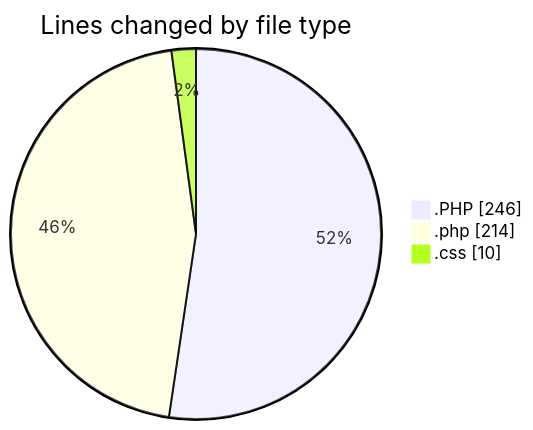
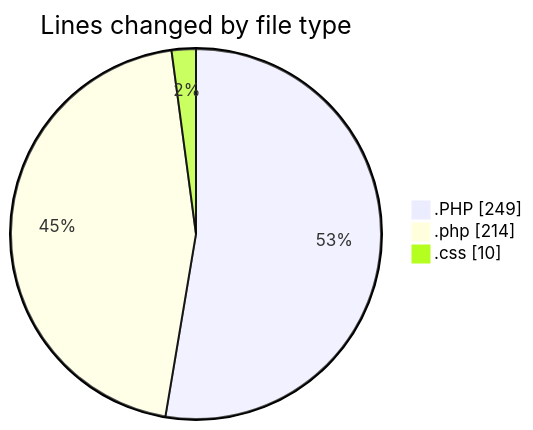
One commit to LanceThiago/code-tracking changed the first of 2 diagrams in 2025-05-15/jogo/README.md. Above: the diagram before and after it, drawn with Mermaid. The commit also changed other lines of this file and 1 other file, not shown here.

````diff
--- a/2025-05-15/jogo/README.md
+++ b/2025-05-15/jogo/README.md
@@ -22,7 +22,7 @@
 ```mermaid
 pie showData
 title Lines changed by file type
-".PHP" : 246
+".PHP" : 249
 ".php" : 214
 ".css" : 10
 ```
````
